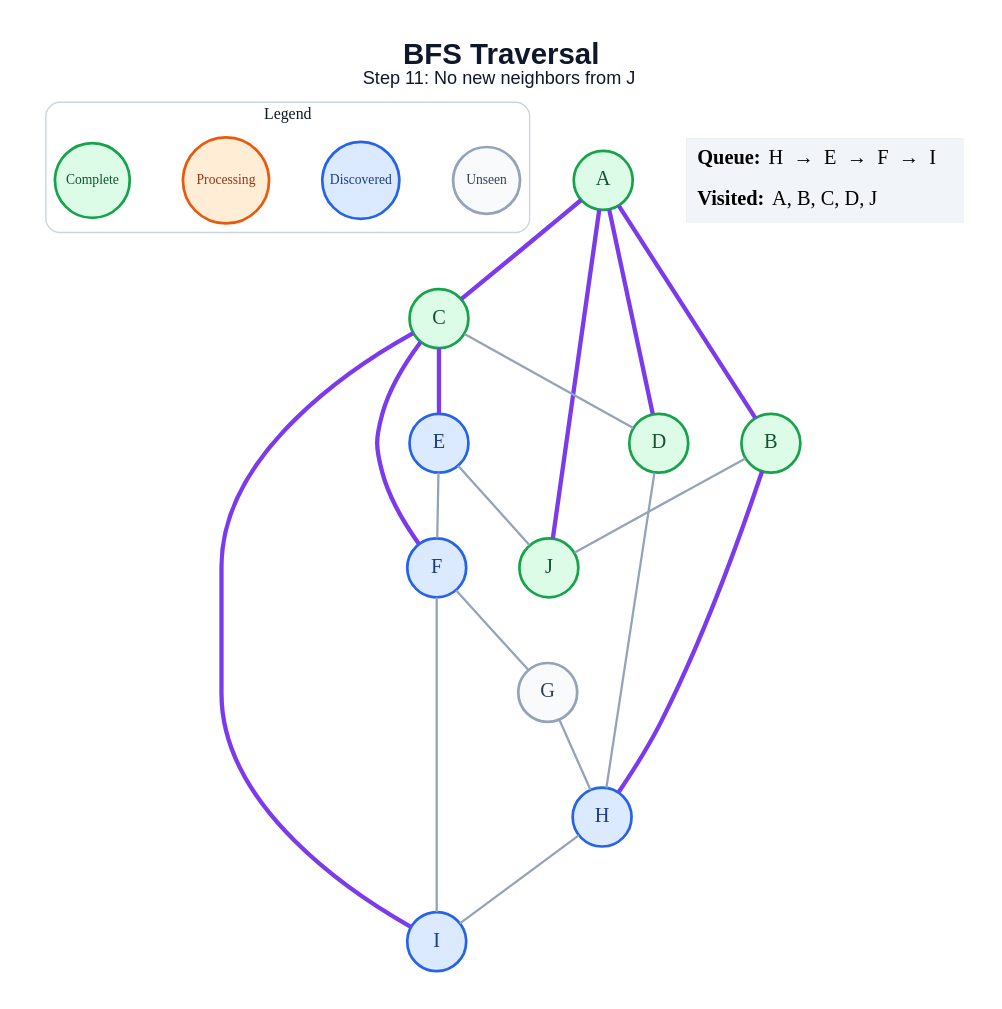
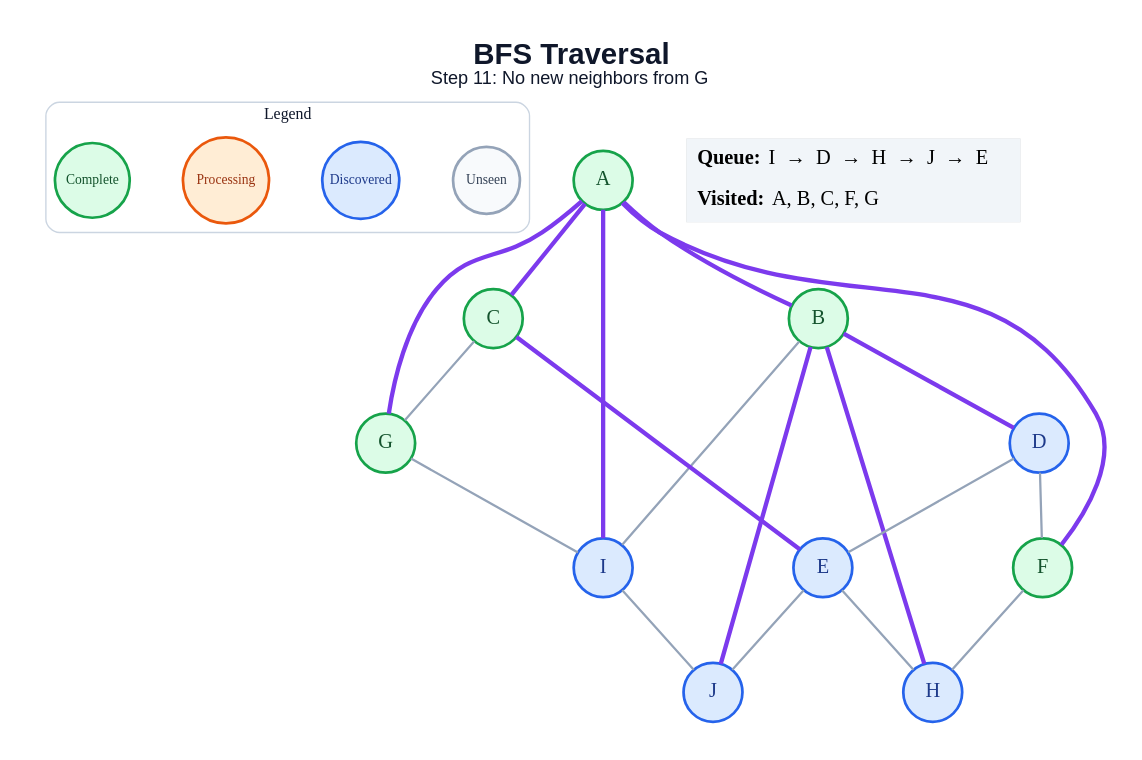
The diagram in generated/bfs/step_11.dot (amanghodawala9/ai-slop), drawn with Graphviz before and after one commit. The commit also changed 178 other files, not shown here.

```diff
--- a/generated/bfs/step_11.dot
+++ b/generated/bfs/step_11.dot
@@ -1,46 +1,47 @@
 graph traversal {
   graph [layout=dot, rankdir=TB, bgcolor="#FFFFFF", pad="0.35", nodesep="0.65", ranksep="0.8", fontname="Arial"];
   node [shape=circle, style="filled", fontname="Arial Bold", fontsize=18, width=0.72, fixedsize=true, penwidth=2.4];
   edge [color="#94A3B8", penwidth=2.0];
-  label=<<B>BFS Traversal</B><BR/><FONT POINT-SIZE="16">Step 11: No new neighbors from J</FONT>>; labelloc="t"; fontsize=26; fontname="Arial"; fontcolor="#0F172A";
+  label=<<B>BFS Traversal</B><BR/><FONT POINT-SIZE="16">Step 11: No new neighbors from G</FONT>>; labelloc="t"; fontsize=26; fontname="Arial"; fontcolor="#0F172A";
   subgraph cluster_legend { label="Legend"; color="#CBD5E1"; penwidth=1.2; style="rounded"; fontsize=14; fontname="Arial Bold";
     key_unseen [label="Unseen", fillcolor="#F8FAFC", color="#94A3B8", fontcolor="#334155", fontsize=12, width=0.82];
     key_frontier [label="Discovered", fillcolor="#DBEAFE", color="#2563EB", fontcolor="#1E3A8A", fontsize=12, width=0.95];
     key_current [label="Processing", fillcolor="#FFEDD5", color="#EA580C", fontcolor="#9A3412", fontsize=12, width=1.05];
     key_done [label="Complete", fillcolor="#DCFCE7", color="#16A34A", fontcolor="#14532D", fontsize=12, width=0.92];
     { rank=same; key_unseen; key_frontier; key_current; key_done; }
   }
   A [fillcolor="#DCFCE7", color="#16A34A", fontcolor="#14532D"];
   B [fillcolor="#DCFCE7", color="#16A34A", fontcolor="#14532D"];
   C [fillcolor="#DCFCE7", color="#16A34A", fontcolor="#14532D"];
-  D [fillcolor="#DCFCE7", color="#16A34A", fontcolor="#14532D"];
+  D [fillcolor="#DBEAFE", color="#2563EB", fontcolor="#1E3A8A"];
   E [fillcolor="#DBEAFE", color="#2563EB", fontcolor="#1E3A8A"];
-  F [fillcolor="#DBEAFE", color="#2563EB", fontcolor="#1E3A8A"];
-  G [fillcolor="#F8FAFC", color="#94A3B8", fontcolor="#334155"];
+  F [fillcolor="#DCFCE7", color="#16A34A", fontcolor="#14532D"];
+  G [fillcolor="#DCFCE7", color="#16A34A", fontcolor="#14532D"];
   H [fillcolor="#DBEAFE", color="#2563EB", fontcolor="#1E3A8A"];
   I [fillcolor="#DBEAFE", color="#2563EB", fontcolor="#1E3A8A"];
-  J [fillcolor="#DCFCE7", color="#16A34A", fontcolor="#14532D"];
+  J [fillcolor="#DBEAFE", color="#2563EB", fontcolor="#1E3A8A"];
   A -- B [color="#7C3AED", penwidth=3.8];
   A -- C [color="#7C3AED", penwidth=3.8];
-  A -- D [color="#7C3AED", penwidth=3.8];
-  A -- J [color="#7C3AED", penwidth=3.8];
+  A -- F [color="#7C3AED", penwidth=3.8];
+  A -- G [color="#7C3AED", penwidth=3.8];
+  A -- I [color="#7C3AED", penwidth=3.8];
+  B -- D [color="#7C3AED", penwidth=3.8];
   B -- H [color="#7C3AED", penwidth=3.8];
-  B -- J;
-  C -- D;
+  B -- I;
+  B -- J [color="#7C3AED", penwidth=3.8];
   C -- E [color="#7C3AED", penwidth=3.8];
-  C -- F [color="#7C3AED", penwidth=3.8];
-  C -- I [color="#7C3AED", penwidth=3.8];
-  D -- H;
-  E -- F;
+  C -- G;
+  D -- E;
+  D -- F;
+  E -- H;
   E -- J;
-  F -- G;
-  F -- I;
-  G -- H;
-  H -- I;
+  F -- H;
+  G -- I;
+  I -- J;
   status [shape=plain, fixedsize=false, width=0, height=0, margin=0, label=<
     <TABLE BORDER="0" CELLBORDER="0" CELLPADDING="7" BGCOLOR="#F1F5F9">
-      <TR><TD ALIGN="LEFT"><B>Queue:</B> H  →  E  →  F  →  I</TD></TR>
-      <TR><TD ALIGN="LEFT"><B>Visited:</B> A, B, C, D, J</TD></TR>
+      <TR><TD ALIGN="LEFT"><B>Queue:</B> I  →  D  →  H  →  J  →  E</TD></TR>
+      <TR><TD ALIGN="LEFT"><B>Visited:</B> A, B, C, F, G</TD></TR>
     </TABLE>
   >];
 }
```
